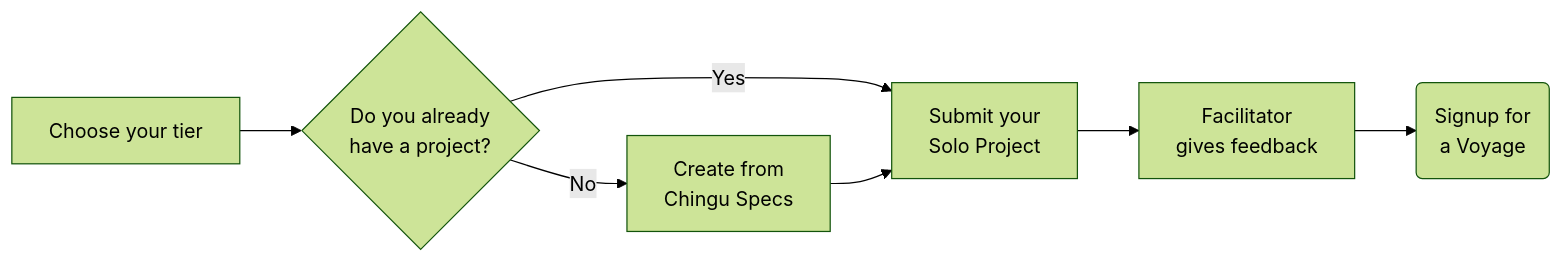
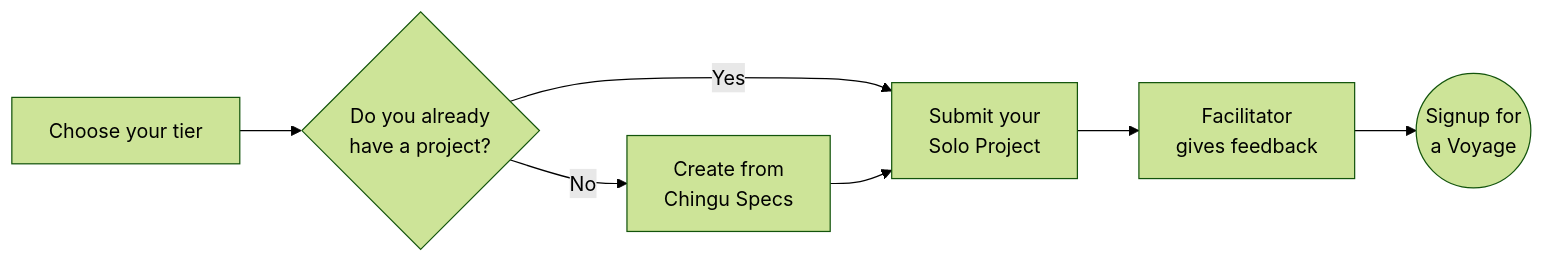
The second of 2 diagrams in docs/gettingstarted/whattodofirst.md (chingu-voyages/Handbook), drawn with Mermaid (forest theme) before and after one commit.

Commit message:
Feature: Add terminator symbol to Solo Project flow diagram

````diff
--- a/docs/gettingstarted/whattodofirst.md
+++ b/docs/gettingstarted/whattodofirst.md
@@ -63,9 +63,9 @@
 ```mermaid
 graph LR
     A[Choose your tier] --> B{Do you already\nhave a project?}
     B -- Yes --> C[Submit your\nSolo Project]
     B -- No --> D[Create from\nChingu Specs]
     D --> C
     C --> E[Facilitator\ngives feedback]
-    E --> F(Signup for\na Voyage)
+    E --> F((Signup for\na Voyage))
 ```
````
